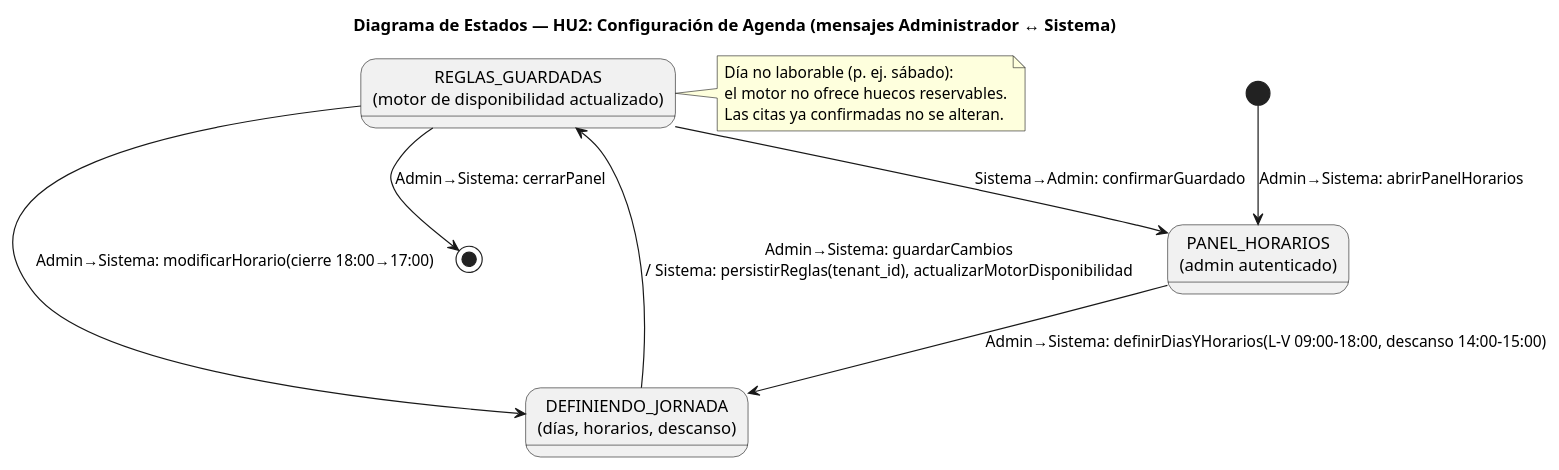
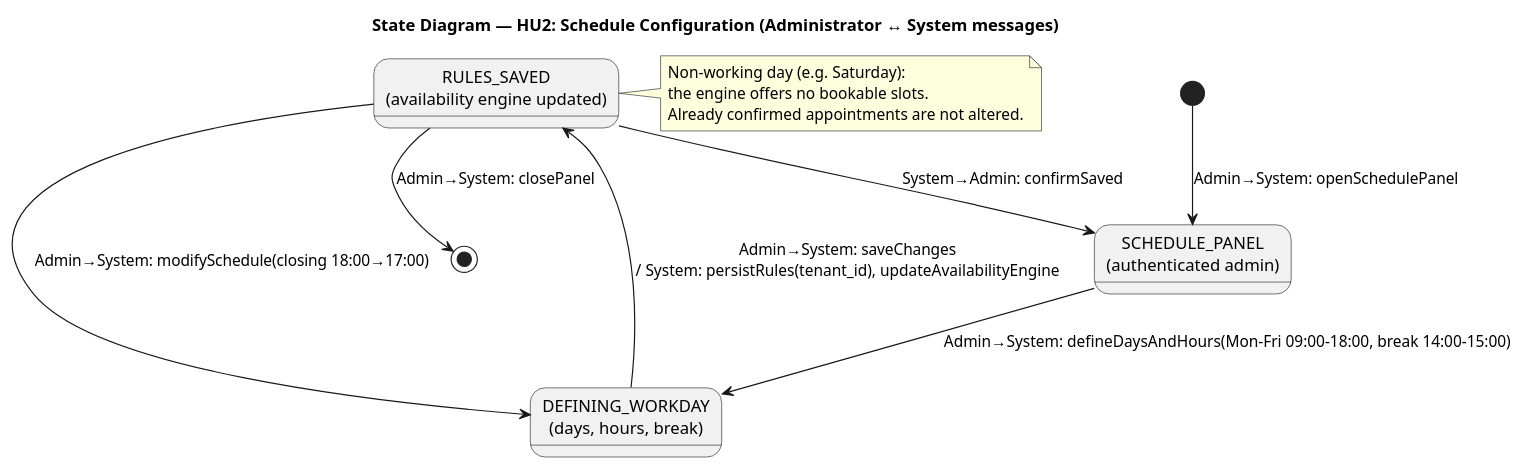
The diagram in system_architecture/user_stories_view/state-diagram_hu2.puml (jose-korvusinc/finalproject-lidr-i4devs), drawn with PlantUML before and after one commit. The commit also changed 25 other files, not shown here.

Commit message:
Translate names and add analysis class diagram

```diff
--- a/system_architecture/user_stories_view/state-diagram_hu2.puml
+++ b/system_architecture/user_stories_view/state-diagram_hu2.puml
@@ -1,27 +1,27 @@
 @startuml
-title Diagrama de Estados — HU2: Configuración de Agenda (mensajes Administrador ↔ Sistema)
+title State Diagram — HU2: Schedule Configuration (Administrator ↔ System messages)
 
-' Refina el estado-contexto CONFIGURACION_AGENDA (HU2).
-' Actores: Administrador del Negocio (autenticado) <-> Sistema.
+' Refines the context-state SCHEDULE_CONFIGURATION (HU2).
+' Actors: Business Administrator (authenticated) <-> System.
 
-state "PANEL_HORARIOS\n(admin autenticado)" as panel
-state "DEFINIENDO_JORNADA\n(días, horarios, descanso)" as definiendo
-state "REGLAS_GUARDADAS\n(motor de disponibilidad actualizado)" as guardadas
+state "SCHEDULE_PANEL\n(authenticated admin)" as panel
+state "DEFINING_WORKDAY\n(days, hours, break)" as defining
+state "RULES_SAVED\n(availability engine updated)" as saved
 
-[*] --> panel : Admin→Sistema: abrirPanelHorarios
+[*] --> panel : Admin→System: openSchedulePanel
 
-panel --> definiendo : Admin→Sistema: definirDiasYHorarios(L-V 09:00-18:00, descanso 14:00-15:00)
+panel --> defining : Admin→System: defineDaysAndHours(Mon-Fri 09:00-18:00, break 14:00-15:00)
 
-definiendo --> guardadas : Admin→Sistema: guardarCambios\n/ Sistema: persistirReglas(tenant_id), actualizarMotorDisponibilidad
-guardadas --> panel : Sistema→Admin: confirmarGuardado
+defining --> saved : Admin→System: saveChanges\n/ System: persistRules(tenant_id), updateAvailabilityEngine
+saved --> panel : System→Admin: confirmSaved
 
-guardadas --> definiendo : Admin→Sistema: modificarHorario(cierre 18:00→17:00)
+saved --> defining : Admin→System: modifySchedule(closing 18:00→17:00)
 
-guardadas --> [*] : Admin→Sistema: cerrarPanel
+saved --> [*] : Admin→System: closePanel
 
-note right of guardadas
-  Día no laborable (p. ej. sábado):
-  el motor no ofrece huecos reservables.
-  Las citas ya confirmadas no se alteran.
+note right of saved
+  Non-working day (e.g. Saturday):
+  the engine offers no bookable slots.
+  Already confirmed appointments are not altered.
 end note
 @enduml
```
